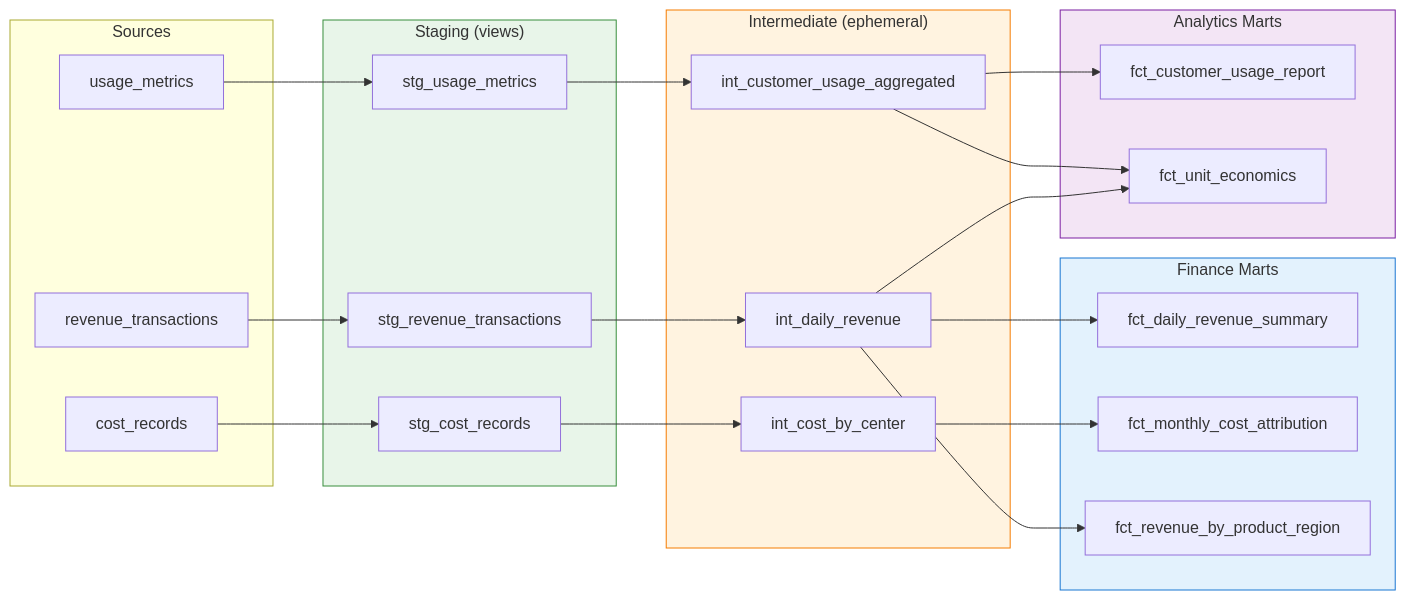
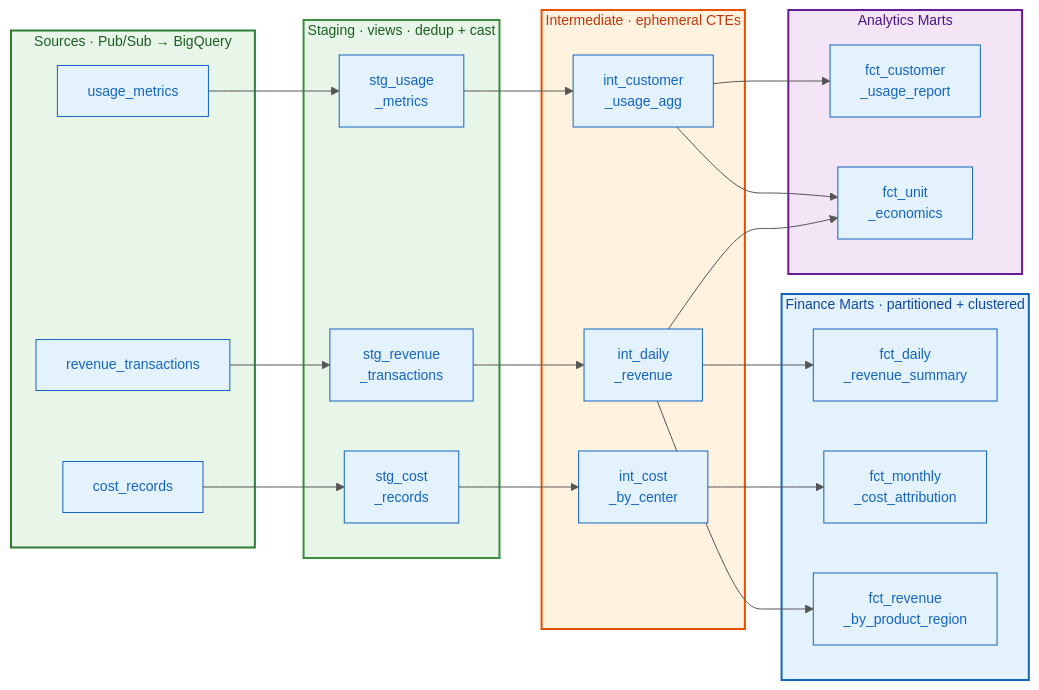
Before and after one commit to damsolanke/gcp-financial-data-platform: the second of 2 diagrams in README.md, drawn with Mermaid. The commit also changed other lines of this file and 2 other files, not shown here.

First line of the commit message:
Replace Mermaid diagrams with GCP architecture diagram and sequence diagram

````diff
--- a/README.md
+++ b/README.md
@@ -83,41 +63,43 @@
 ```mermaid
+%%{init: {'theme': 'base', 'themeVariables': {'primaryColor': '#E3F2FD', 'primaryTextColor': '#1565C0', 'primaryBorderColor': '#1565C0', 'lineColor': '#555', 'secondaryColor': '#FFF3E0', 'tertiaryColor': '#F3E5F5', 'fontSize': '14px'}}}%%
 flowchart LR
-    subgraph Sources
+    subgraph SRC["Sources · Pub/Sub → BigQuery"]
         R[revenue_transactions]
         U[usage_metrics]
         C[cost_records]
     end
 
-    subgraph Staging["Staging (views)"]
-        SR[stg_revenue_transactions]
-        SU[stg_usage_metrics]
-        SC[stg_cost_records]
+    subgraph STG["Staging · views · dedup + cast"]
+        SR[stg_revenue<br/>_transactions]
+        SU[stg_usage<br/>_metrics]
+        SC[stg_cost<br/>_records]
     end
 
-    subgraph Intermediate["Intermediate (ephemeral)"]
-        IDR[int_daily_revenue]
-        ICU[int_customer_usage_aggregated]
-        ICC[int_cost_by_center]
+    subgraph INT["Intermediate · ephemeral CTEs"]
+        IDR[int_daily<br/>_revenue]
+        ICU[int_customer<br/>_usage_agg]
+        ICC[int_cost<br/>_by_center]
     end
 
-    subgraph Marts["Finance Marts"]
-        FDR[fct_daily_revenue_summary]
-        FMC[fct_monthly_cost_attribution]
-        FRP[fct_revenue_by_product_region]
+    subgraph FIN["Finance Marts · partitioned + clustered"]
+        FDR[fct_daily<br/>_revenue_summary]
+        FMC[fct_monthly<br/>_cost_attribution]
+        FRP[fct_revenue<br/>_by_product_region]
     end
 
-    subgraph Analytics["Analytics Marts"]
-        FCU[fct_customer_usage_report]
-        FUE[fct_unit_economics]
+    subgraph ANA["Analytics Marts"]
+        FCU[fct_customer<br/>_usage_report]
+        FUE[fct_unit<br/>_economics]
     end
 
     R --> SR --> IDR --> FDR & FRP
     U --> SU --> ICU --> FCU & FUE
     C --> SC --> ICC --> FMC
     IDR --> FUE
 
-    style Staging fill:#e8f5e9,stroke:#388e3c
-    style Intermediate fill:#fff3e0,stroke:#f57c00
-    style Marts fill:#e3f2fd,stroke:#1976d2
-    style Analytics fill:#f3e5f5,stroke:#7b1fa2
+    style SRC fill:#E8F5E9,stroke:#2E7D32,stroke-width:2px,color:#1B5E20
+    style STG fill:#E8F5E9,stroke:#388E3C,stroke-width:2px,color:#1B5E20
+    style INT fill:#FFF3E0,stroke:#E65100,stroke-width:2px,color:#BF360C
+    style FIN fill:#E3F2FD,stroke:#1565C0,stroke-width:2px,color:#0D47A1
+    style ANA fill:#F3E5F5,stroke:#6A1B9A,stroke-width:2px,color:#4A148C
 ```
````
